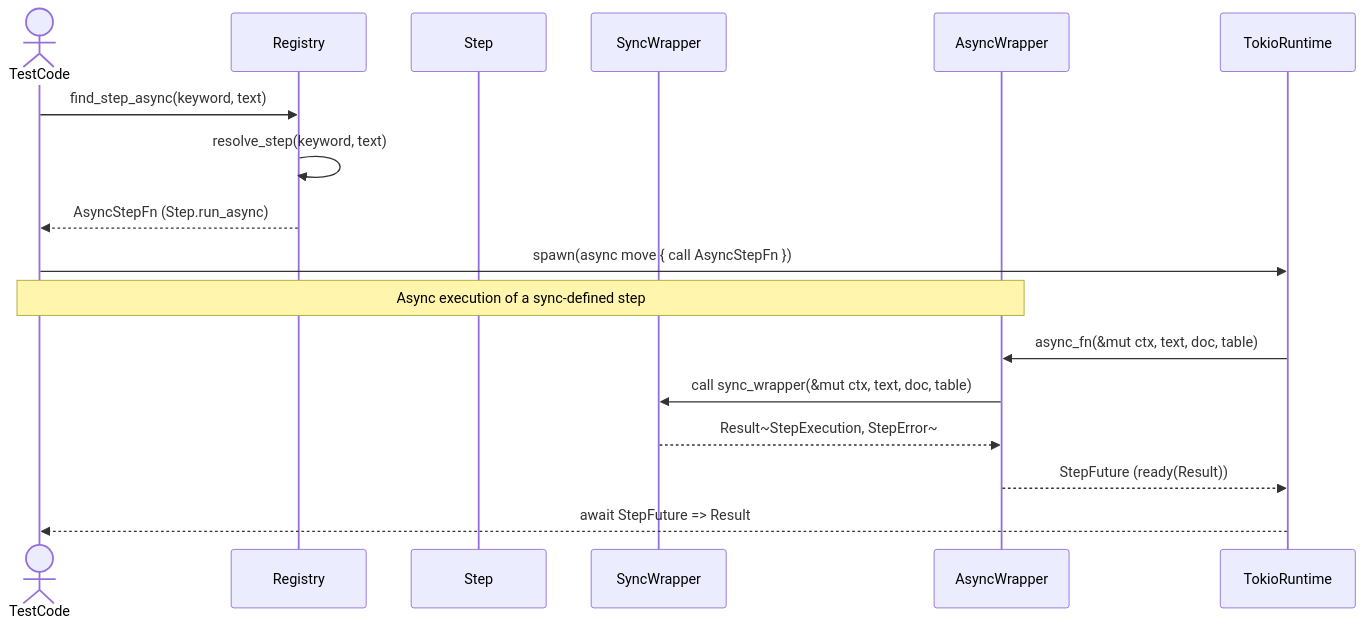
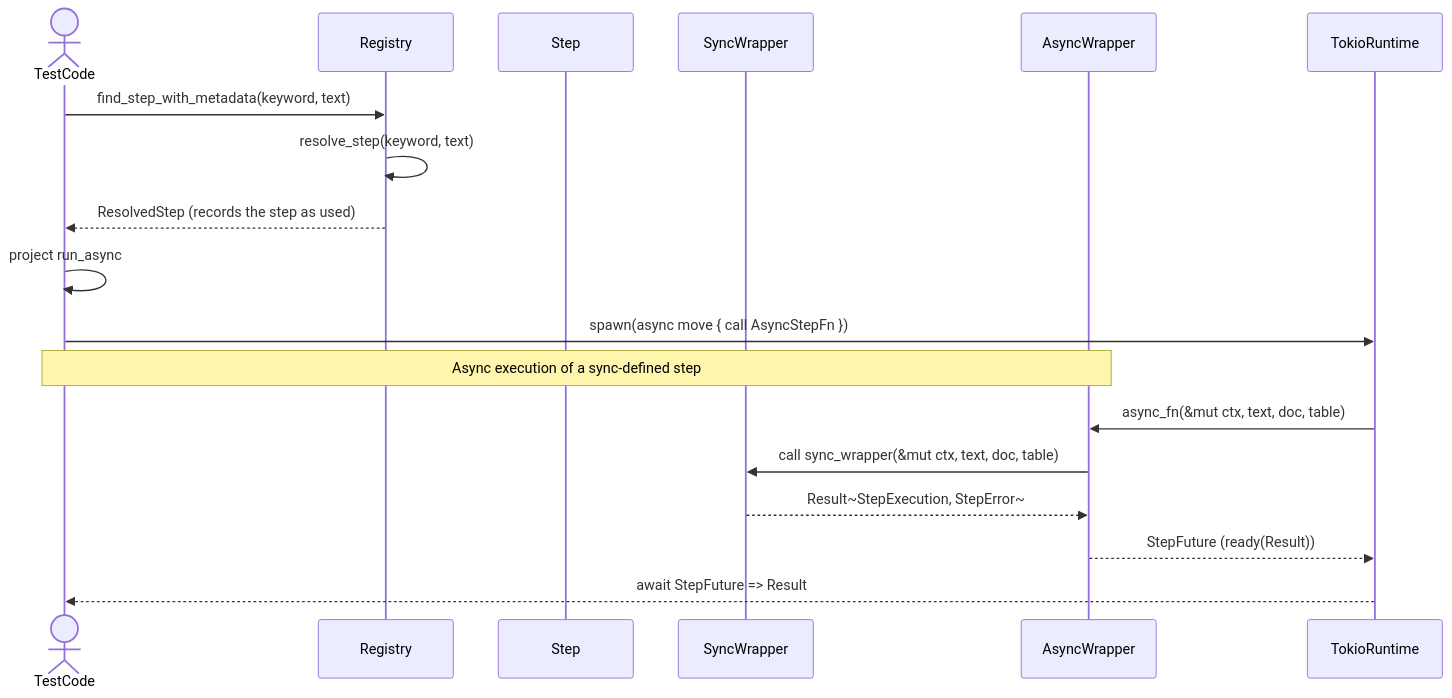
One commit to leynos/rstest-bdd changed diagram 11 of 21 in docs/rstest-bdd-design.md. Above: the diagram before and after it, drawn with Mermaid. The commit also changed other lines of this file and 29 other files, not shown here.

````diff
--- a/docs/rstest-bdd-design.md
+++ b/docs/rstest-bdd-design.md
@@ -1262,23 +1262,24 @@
 ```mermaid
 sequenceDiagram
     actor TestCode
     participant Registry
     participant Step
     participant SyncWrapper
     participant AsyncWrapper
     participant TokioRuntime
 
-    TestCode->>Registry: find_step_async(keyword, text)
+    TestCode->>Registry: find_step_with_metadata(keyword, text)
     Registry->>Registry: resolve_step(keyword, text)
-    Registry-->>TestCode: AsyncStepFn (Step.run_async)
+    Registry-->>TestCode: ResolvedStep (records the step as used)
+    TestCode->>TestCode: project run_async
 
     TestCode->>TokioRuntime: spawn(async move { call AsyncStepFn })
 
     Note over TestCode,AsyncWrapper: Async execution of a sync-defined step
 
     TokioRuntime->>AsyncWrapper: async_fn(&mut ctx, text, doc, table)
     AsyncWrapper->>SyncWrapper: call sync_wrapper(&mut ctx, text, doc, table)
     SyncWrapper-->>AsyncWrapper: Result~StepExecution, StepError~
     AsyncWrapper-->>TokioRuntime: StepFuture (ready(Result))
     TokioRuntime-->>TestCode: await StepFuture => Result
 ```
````
